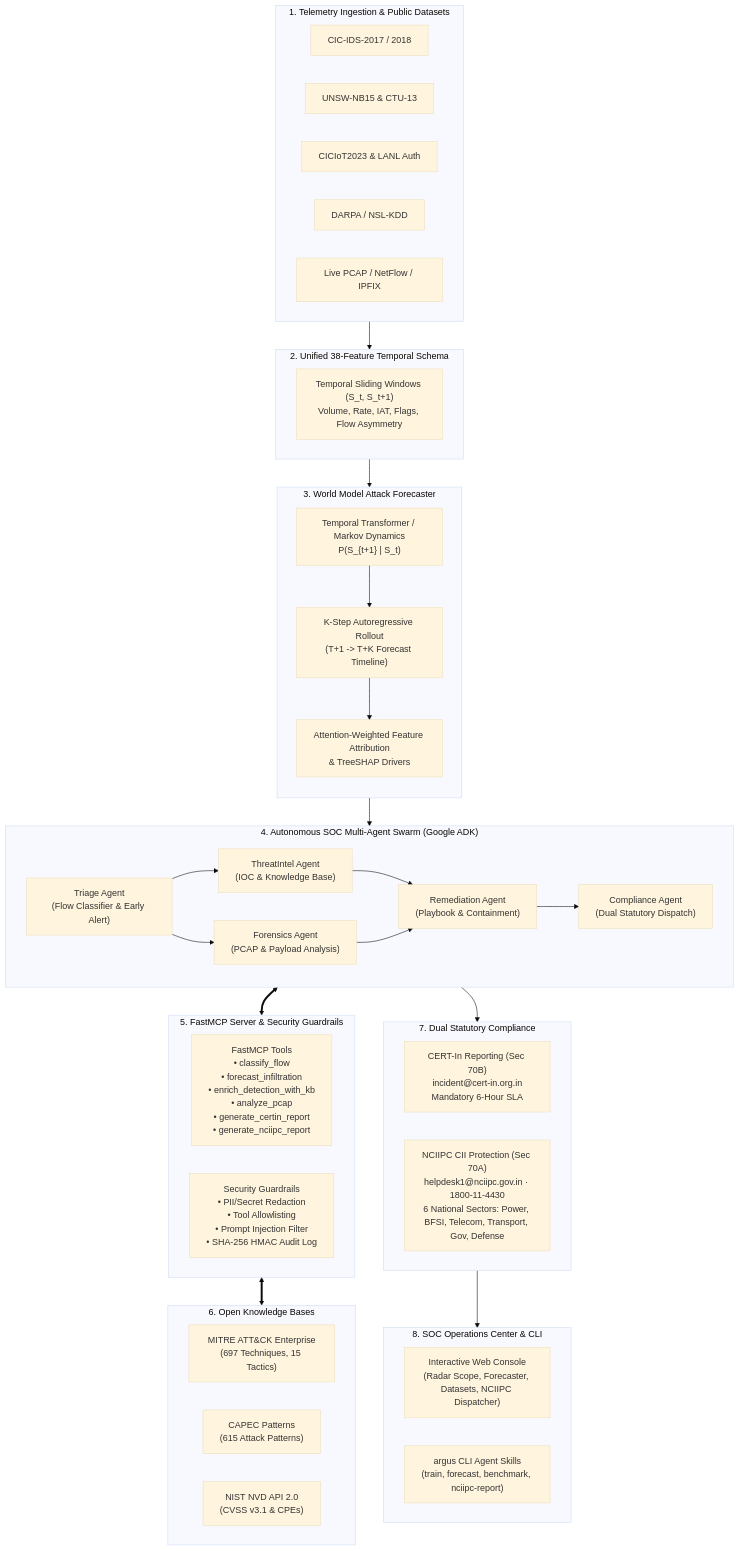
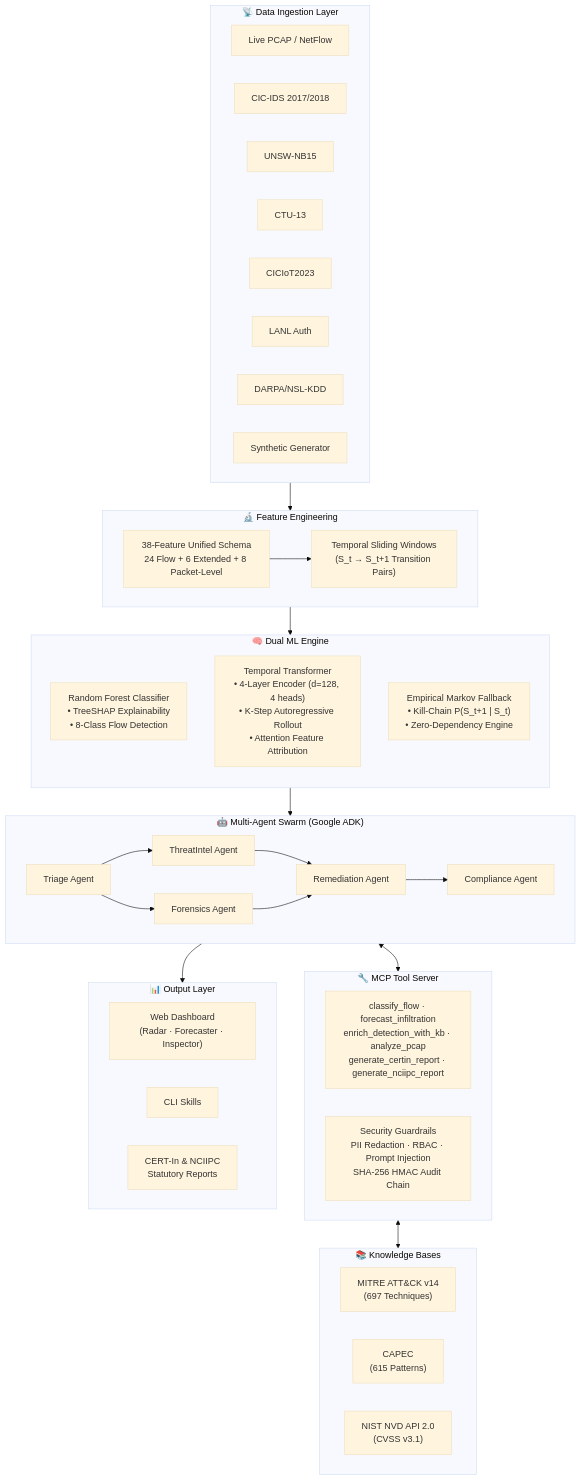
The diagram in README.md (ErenSnowh/Argus), drawn with Mermaid (base theme) before and after one commit. The commit also changed other lines of this file and 1 other file, not shown here.

First line of the commit message:
feat: rewrite README from scratch + max-strength model training

````diff
--- a/README.md
+++ b/README.md
@@ -38,62 +45,61 @@
 ```mermaid
 flowchart TD
-    subgraph INGESTION["1. Telemetry Ingestion & Public Datasets"]
-        D1["CIC-IDS-2017 / 2018"]
-        D2["UNSW-NB15 & CTU-13"]
-        D3["CICIoT2023 & LANL Auth"]
-        D4["DARPA / NSL-KDD"]
-        D5["Live PCAP / NetFlow / IPFIX"]
+    subgraph DATA["📡 Data Ingestion Layer"]
+        direction LR
+        PCAP["Live PCAP / NetFlow"]
+        D1["CIC-IDS 2017/2018"]
+        D2["UNSW-NB15"]
+        D3["CTU-13"]
+        D4["CICIoT2023"]
+        D5["LANL Auth"]
+        D6["DARPA/NSL-KDD"]
+        D7["Synthetic Generator"]
     end
 
-    subgraph SCHEMA["2. Unified 38-Feature Temporal Schema"]
-        FEAT["Temporal Sliding Windows (S_t, S_t+1)<br/>Volume, Rate, IAT, Flags, Flow Asymmetry"]
+    subgraph FEATURE["🔬 Feature Engineering"]
+        SCHEMA["38-Feature Unified Schema<br/>24 Flow + 6 Extended + 8 Packet-Level"]
+        TEMPORAL["Temporal Sliding Windows<br/>(S_t → S_t+1 Transition Pairs)"]
+        SCHEMA --> TEMPORAL
     end
 
-    subgraph WORLD_MODEL["3. World Model Attack Forecaster"]
+    subgraph ML["🧠 Dual ML Engine"]
         direction TB
-        TF["Temporal Transformer / Markov Dynamics<br/>P(S_{t+1} | S_t)"]
-        KSTEP["K-Step Autoregressive Rollout<br/>(T+1 -> T+K Forecast Timeline)"]
-        EXPLAIN["Attention-Weighted Feature Attribution<br/>& TreeSHAP Drivers"]
-        TF --> KSTEP --> EXPLAIN
+        RF["Random Forest Classifier<br/>• TreeSHAP Explainability<br/>• 8-Class Flow Detection"]
+        WM["Temporal Transformer<br/>• 4-Layer Encoder (d=128, 4 heads)<br/>• K-Step Autoregressive Rollout<br/>• Attention Feature Attribution"]
+        MARKOV["Empirical Markov Fallback<br/>• Kill-Chain P(S_t+1 | S_t)<br/>• Zero-Dependency Engine"]
     end
 
-    subgraph SWARM["4. Autonomous SOC Multi-Agent Swarm (Google ADK)"]
-        TRIAGE["Triage Agent<br/>(Flow Classifier & Early Alert)"]
-        THREAT["ThreatIntel Agent<br/>(IOC & Knowledge Base)"]
-        FORENSIC["Forensics Agent<br/>(PCAP & Payload Analysis)"]
-        REMED["Remediation Agent<br/>(Playbook & Containment)"]
-        COMPLY["Compliance Agent<br/>(Dual Statutory Dispatch)"]
-
+    subgraph AGENTS["🤖 Multi-Agent Swarm (Google ADK)"]
+        TRIAGE["Triage Agent"]
+        THREAT["ThreatIntel Agent"]
+        FORENSIC["Forensics Agent"]
+        REMED["Remediation Agent"]
+        COMPLY["Compliance Agent"]
         TRIAGE --> THREAT & FORENSIC
         THREAT & FORENSIC --> REMED
         REMED --> COMPLY
     end
 
-    subgraph MCP["5. FastMCP Server & Security Guardrails"]
-        TOOLS["FastMCP Tools<br/>• classify_flow<br/>• forecast_infiltration<br/>• enrich_detection_with_kb<br/>• analyze_pcap<br/>• generate_certin_report<br/>• generate_nciipc_report"]
-        GUARD["Security Guardrails<br/>• PII/Secret Redaction<br/>• Tool Allowlisting<br/>• Prompt Injection Filter<br/>• SHA-256 HMAC Audit Log"]
+    subgraph MCP["🔧 MCP Tool Server"]
+        TOOLS["classify_flow · forecast_infiltration<br/>enrich_detection_with_kb · analyze_pcap<br/>generate_certin_report · generate_nciipc_report"]
+        GUARD["Security Guardrails<br/>PII Redaction · RBAC · Prompt Injection<br/>SHA-256 HMAC Audit Chain"]
     end
 
-    subgraph KB["6. Open Knowledge Bases"]
-        ATTACK["MITRE ATT&CK Enterprise<br/>(697 Techniques, 15 Tactics)"]
-        CAPEC["CAPEC Patterns<br/>(615 Attack Patterns)"]
-        CVE["NIST NVD API 2.0<br/>(CVSS v3.1 & CPEs)"]
+    subgraph KB["📚 Knowledge Bases"]
+        ATTACK["MITRE ATT&CK v14<br/>(697 Techniques)"]
+        CAPEC["CAPEC<br/>(615 Patterns)"]
+        CVE["NIST NVD API 2.0<br/>(CVSS v3.1)"]
     end
 
-    subgraph STATUTORY["7. Dual Statutory Compliance"]
-        CERTIN["CERT-In Reporting (Sec 70B)<br/>incident@cert-in.org.in<br/>Mandatory 6-Hour SLA"]
-        NCIIPC["NCIIPC CII Protection (Sec 70A)<br/>helpdesk1@nciipc.gov.in · 1800-11-4430<br/>6 National Sectors: Power, BFSI, Telecom, Transport, Gov, Defense"]
+    subgraph OUTPUT["📊 Output Layer"]
+        DASH["Web Dashboard<br/>(Radar · Forecaster · Inspector)"]
+        CLI_OUT["CLI Skills"]
+        REPORT["CERT-In & NCIIPC<br/>Statutory Reports"]
     end
 
-    subgraph OPS["8. SOC Operations Center & CLI"]
-        DASH["Interactive Web Console<br/>(Radar Scope, Forecaster, Datasets, NCIIPC Dispatcher)"]
-        CLI["argus CLI Agent Skills<br/>(train, forecast, benchmark, nciipc-report)"]
-    end
-
-    INGESTION --> SCHEMA --> WORLD_MODEL
-    WORLD_MODEL --> SWARM
-    SWARM <==> MCP
-    MCP <==> KB
-    SWARM --> STATUTORY
-    STATUTORY --> OPS
+    DATA --> FEATURE --> ML
+    ML --> AGENTS
+    AGENTS <--> MCP
+    MCP <--> KB
+    AGENTS --> OUTPUT
 ```
````
